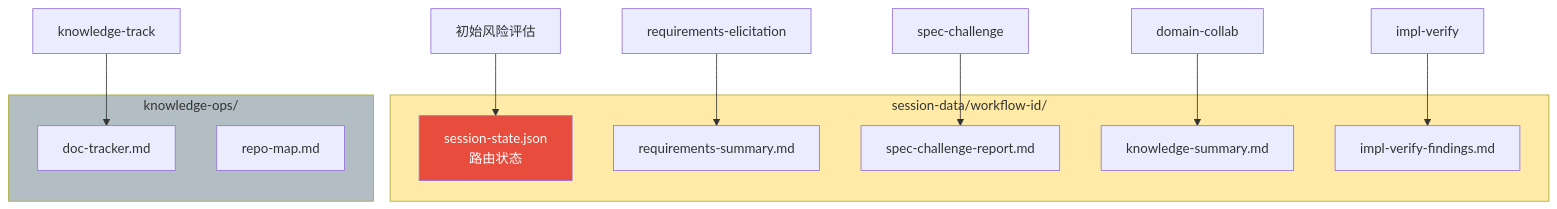
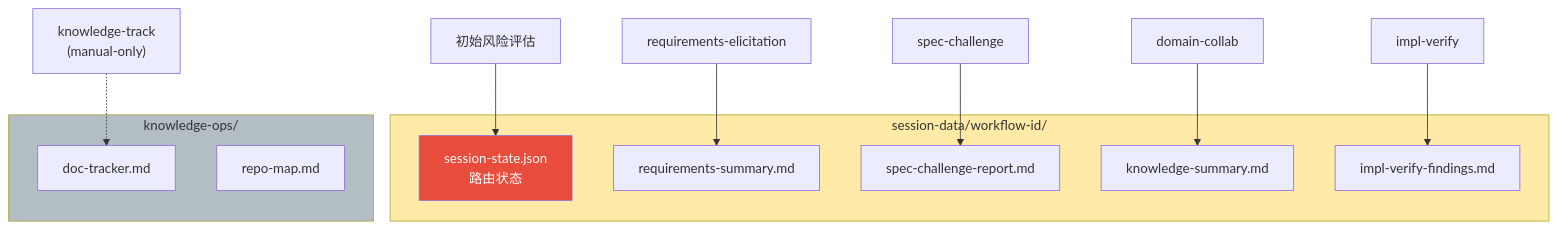
Before and after one commit to Aimeerrhythm/enterprise-change-workflow: the ninth of 9 diagrams in docs/workflow-execution-flow.md, drawn with Mermaid. The commit also changed 5 other files, not shown here.

First line of the commit message:
step 5: 补 cross-service-verify 脚本 + 清理 knowledge-track 残留

````diff
--- a/docs/workflow-execution-flow.md
+++ b/docs/workflow-execution-flow.md
@@ -368,26 +368,26 @@
 ```mermaid
 flowchart TD
     subgraph ARTIFACTS [session-data/workflow-id/]
         SS[session-state.json<br/>路由状态]
         RS[requirements-summary.md]
         SCR[spec-challenge-report.md]
         KS[knowledge-summary.md]
         IVF[impl-verify-findings.md]
     end
 
     subgraph KNOWLEDGE [knowledge-ops/]
         DT[doc-tracker.md]
         RM[repo-map.md]
     end
 
     PHASE1_OUT[初始风险评估] --> SS
     REQ_OUT[requirements-elicitation] --> RS
     SPEC_OUT[spec-challenge] --> SCR
     DC_OUT[domain-collab] --> KS
     IV_OUT[impl-verify] --> IVF
-    KT_OUT[knowledge-track] --> DT
+    KT_OUT["knowledge-track<br/>(manual-only)"] -.-> DT
 
     style SS fill:#e74c3c,color:#fff
     style ARTIFACTS fill:#ffeaa7
     style KNOWLEDGE fill:#b2bec3
 ```
````
